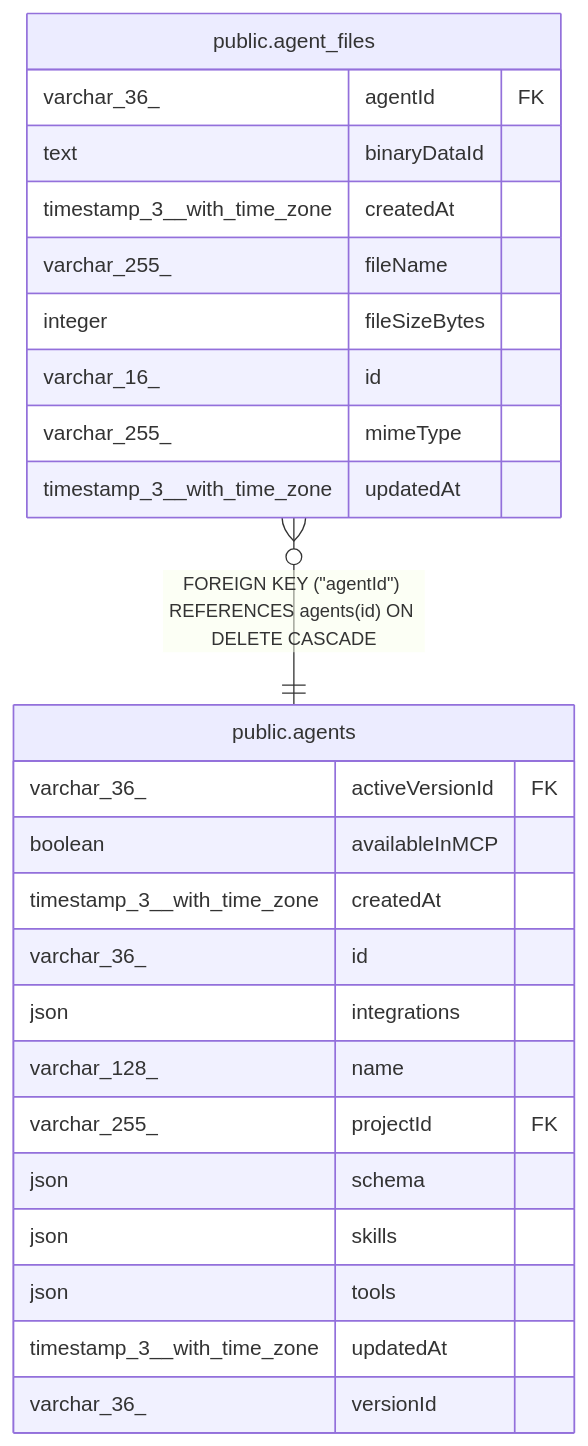
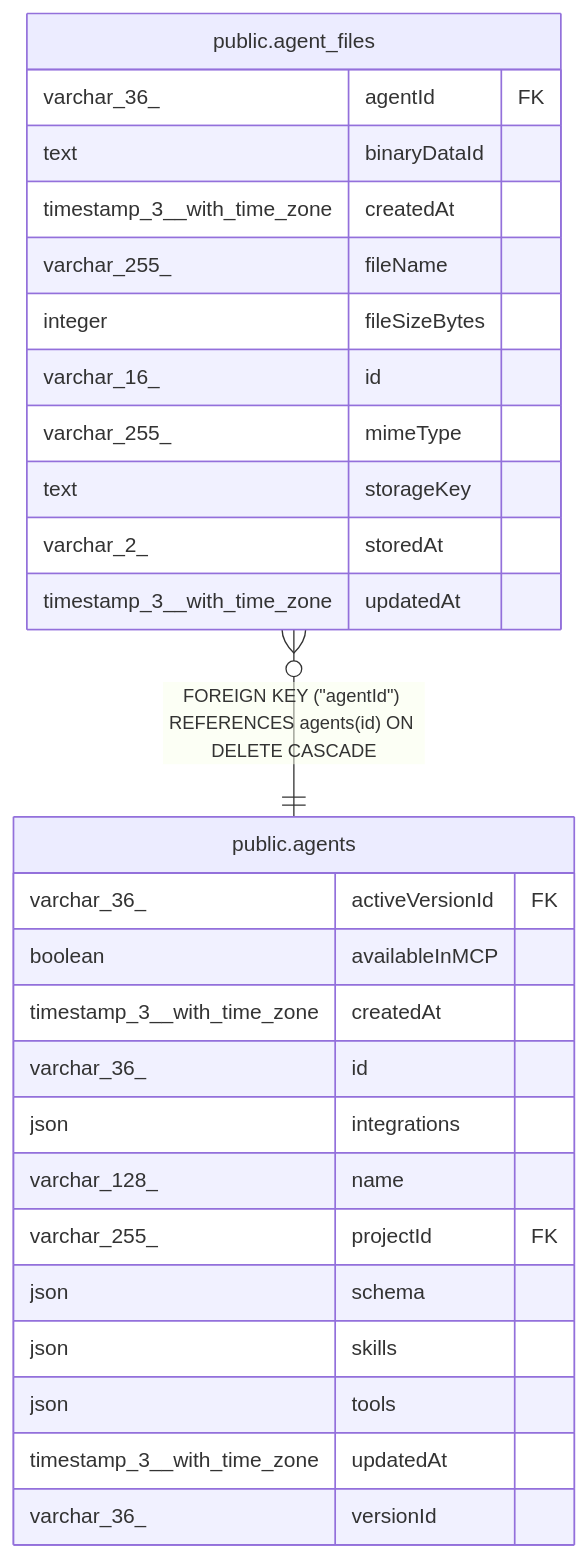
Before and after one commit to mayankjain1815-commits/n8n: the diagram in docs/generated/postgres-schema/public.agent_files.md, drawn with Mermaid. The commit also changed other lines of this file and 31 other files, not shown here.

````diff
--- a/docs/generated/postgres-schema/public.agent_files.md
+++ b/docs/generated/postgres-schema/public.agent_files.md
@@ -42,30 +46,32 @@
 ```mermaid
 erDiagram
 
 "public.agent_files" }o--|| "public.agents" : "FOREIGN KEY (#quot;agentId#quot;) REFERENCES agents(id) ON DELETE CASCADE"
 
 "public.agent_files" {
   varchar_36_ agentId FK
   text binaryDataId
   timestamp_3__with_time_zone createdAt
   varchar_255_ fileName
   integer fileSizeBytes
   varchar_16_ id
   varchar_255_ mimeType
+  text storageKey
+  varchar_2_ storedAt
   timestamp_3__with_time_zone updatedAt
 }
 "public.agents" {
   varchar_36_ activeVersionId FK
   boolean availableInMCP
   timestamp_3__with_time_zone createdAt
   varchar_36_ id
   json integrations
   varchar_128_ name
   varchar_255_ projectId FK
   json schema
   json skills
   json tools
   timestamp_3__with_time_zone updatedAt
   varchar_36_ versionId
 }
 ```
````
